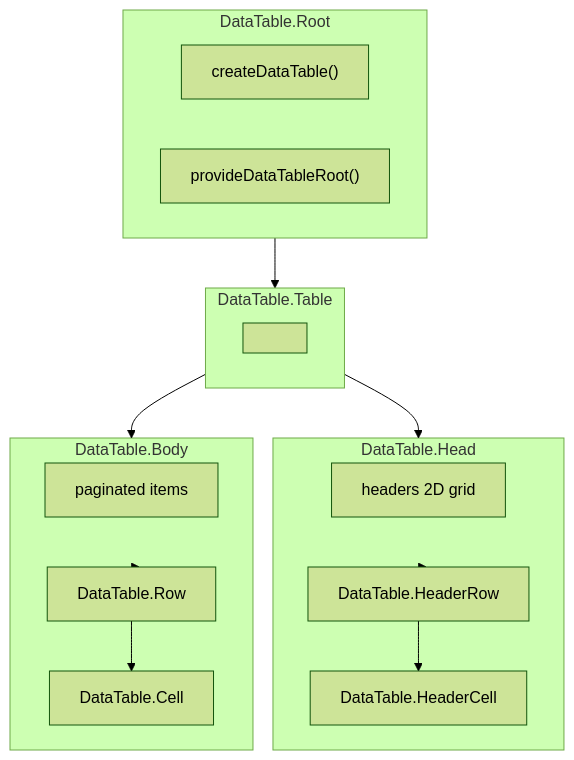
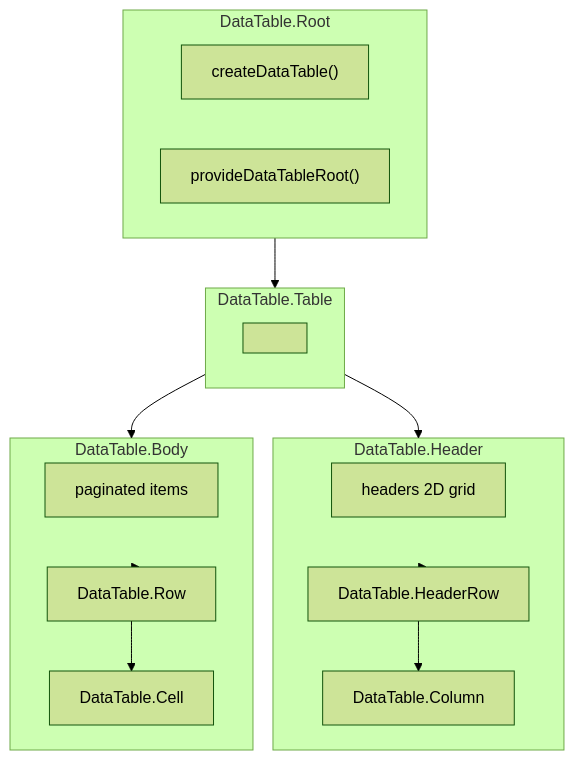
The diagram in apps/docs/src/pages/components/data/data-table.md (vuetifyjs/0), drawn with Mermaid (forest theme) before and after one commit. The commit also changed other lines of this file and 9 other files, not shown here.

First line of the commit message:
fix(DataTable): align compound names with Header, Column, id

````diff
--- a/apps/docs/src/pages/components/data/data-table.md
+++ b/apps/docs/src/pages/components/data/data-table.md
@@ -67,29 +67,29 @@
 ```mermaid "Component Flow"
 flowchart TD
   subgraph Root["DataTable.Root"]
     Context["createDataTable()"]
     Provide["provideDataTableRoot()"]
   end
 
   subgraph Table["DataTable.Table"]
     TableEl["<table>"]
   end
 
-  subgraph Head["DataTable.Head"]
+  subgraph Header["DataTable.Header"]
     Headers["headers 2D grid"]
     HeaderRow["DataTable.HeaderRow"]
-    HeaderCell["DataTable.HeaderCell"]
+    Column["DataTable.Column"]
   end
 
   subgraph Body["DataTable.Body"]
     Items["paginated items"]
     Row["DataTable.Row"]
     Cell["DataTable.Cell"]
   end
 
   Root --> Table
-  Table --> Head
+  Table --> Header
   Table --> Body
-  Head --> HeaderRow --> HeaderCell
+  Header --> HeaderRow --> Column
   Body --> Row --> Cell
 ```
````
